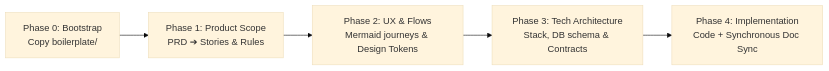
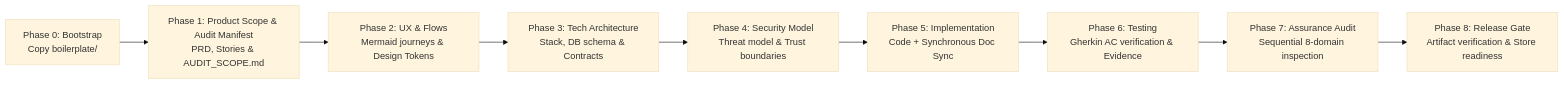
One commit to nico89s/nicost changed the diagram in README.md. Above: the diagram before and after it, drawn with Mermaid (base theme). The commit also changed other lines of this file and 33 other files, not shown here.

````diff
--- a/README.md
+++ b/README.md
@@ -28,7 +29,11 @@
 ```mermaid
 flowchart LR
-    P0["Phase 0: Bootstrap<br/>Copy boilerplate/"] --> P1["Phase 1: Product Scope<br/>PRD ➔ Stories & Rules"]
+    P0["Phase 0: Bootstrap<br/>Copy boilerplate/"] --> P1["Phase 1: Product Scope & Audit Manifest<br/>PRD, Stories & AUDIT_SCOPE.md"]
     P1 --> P2["Phase 2: UX & Flows<br/>Mermaid journeys & Design Tokens"]
     P2 --> P3["Phase 3: Tech Architecture<br/>Stack, DB schema & Contracts"]
-    P3 --> P4["Phase 4: Implementation<br/>Code + Synchronous Doc Sync"]
+    P3 --> P4["Phase 4: Security Model<br/>Threat model & Trust boundaries"]
+    P4 --> P5["Phase 5: Implementation<br/>Code + Synchronous Doc Sync"]
+    P5 --> P6["Phase 6: Testing<br/>Gherkin AC verification & Evidence"]
+    P6 --> P7["Phase 7: Assurance Audit<br/>Sequential 8-domain inspection"]
+    P7 --> P8["Phase 8: Release Gate<br/>Artifact verification & Store readiness"]
 ```
````
